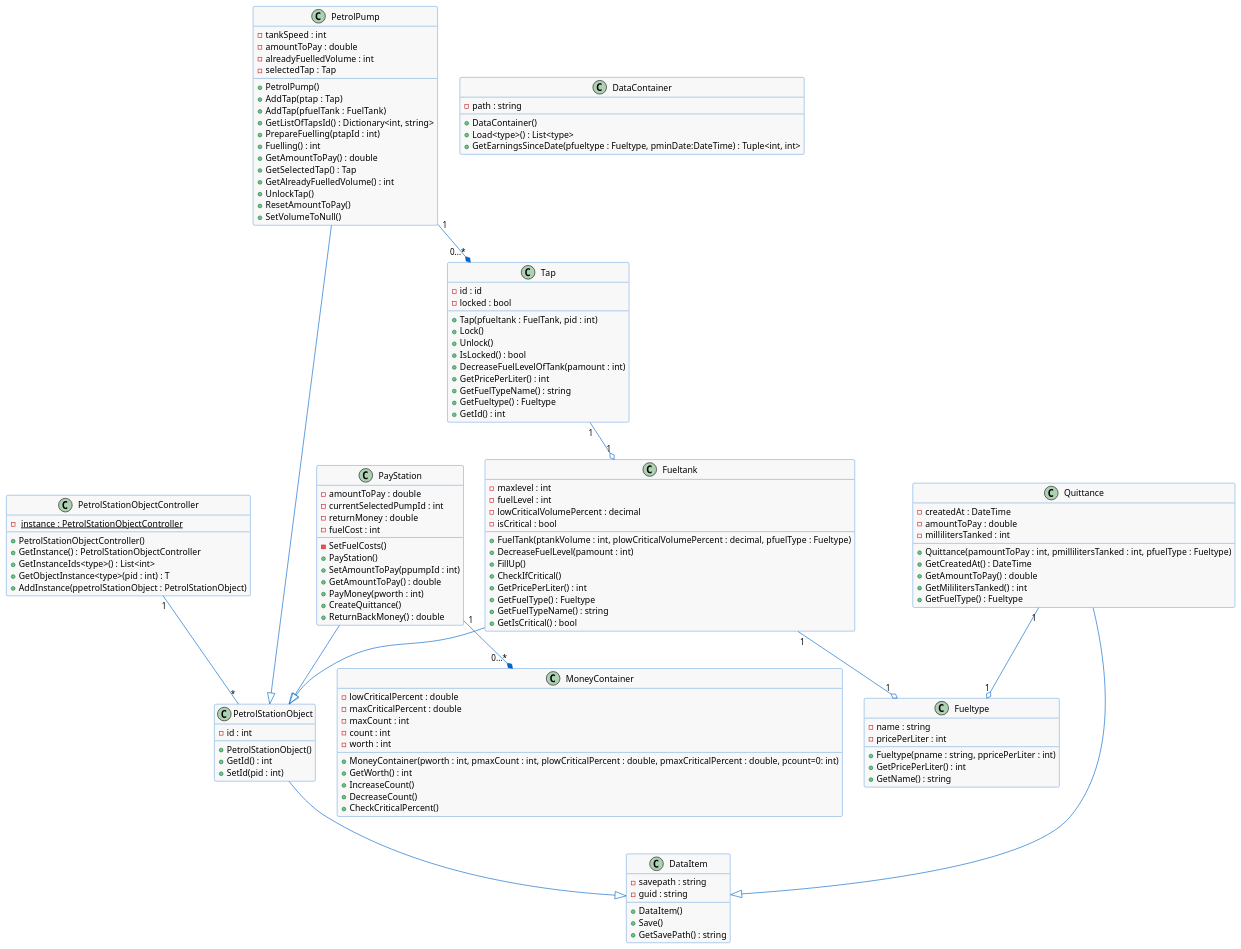
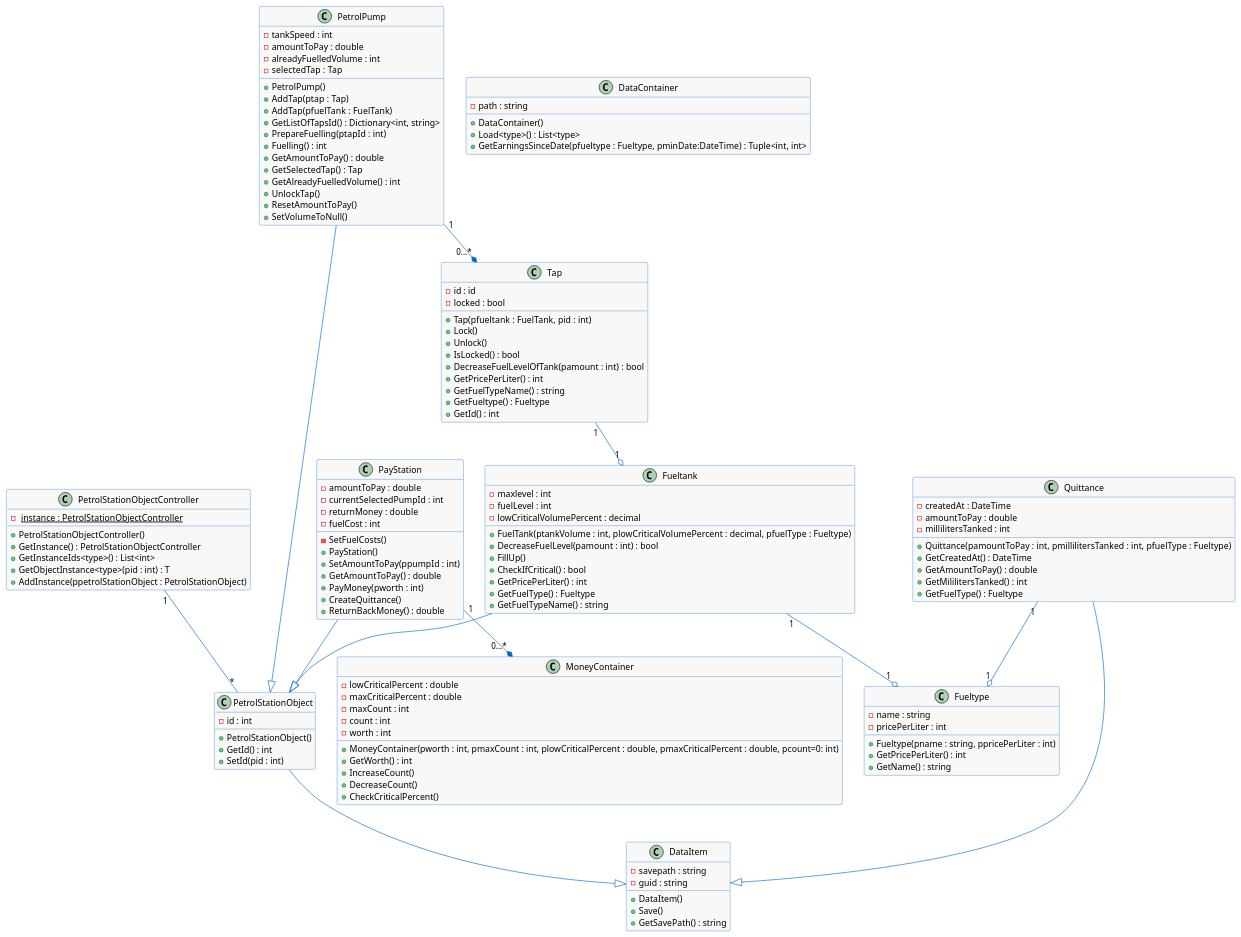
The diagram in Documentation/Diagrams/Businesslogic_class.pu (OddisJungs/PetrolStation), drawn with PlantUML before and after one commit.

Commit message:
Updatet the classdiagram

```diff
--- a/Documentation/Diagrams/Businesslogic_class.pu
+++ b/Documentation/Diagrams/Businesslogic_class.pu
@@ -1,143 +1,141 @@
 @startuml
 'skinparam dpi 250'
 skinparam classBackgroundColor #F8F8F8
 skinparam classBorderColor #0066CC
 skinparam classArrowColor #0066CC
 
 class PetrolStationObjectController {
 	- <u> instance : PetrolStationObjectController
 	+ PetrolStationObjectController()
 	+ GetInstance() : PetrolStationObjectController
 	+ GetInstanceIds<type>() : List<int>
 	+ GetObjectInstance<type>(pid : int) : T
 	+ AddInstance(ppetrolStationObject : PetrolStationObject)
 }
 PetrolStationObjectController "1" -- "*" PetrolStationObject
 
 class DataContainer {
 	- path : string
 	+ DataContainer()
 	+ Load<type>() : List<type>
-    + GetEarningsSinceDate(pfueltype : Fueltype, pminDate:DateTime) : Tuple<int, int>
++ GetEarningsSinceDate(pfueltype : Fueltype, pminDate:DateTime) : Tuple<int, int>
 }
 
 class DataItem {
 	- savepath : string
 	- guid : string
 	+ DataItem()
 	+ Save()
 	+ GetSavePath() : string
 }
 
 class Fueltank {
 	- maxlevel : int
 	- fuelLevel : int
 	- lowCriticalVolumePercent : decimal
-	- isCritical : bool
 	+ FuelTank(ptankVolume : int, plowCriticalVolumePercent : decimal, pfuelType : Fueltype)
-	+ DecreaseFuelLevel(pamount : int)
+	+ DecreaseFuelLevel(pamount : int) : bool
 	+ FillUp()
-	+ CheckIfCritical()
+	+ CheckIfCritical() : bool
 	+ GetPricePerLiter() : int
         + GetFuelType() : Fueltype
-	+ GetFuelTypeName() : string
-	+ GetIsCritical() : bool
++ GetFuelTypeName() : string
 }
 Fueltank "1"--o "1" Fueltype
 Fueltank --|> PetrolStationObject
 
 class Fueltype {
 	- name : string
 	- pricePerLiter : int
 	+ Fueltype(pname : string, ppricePerLiter : int)
 	+ GetPricePerLiter() : int
 	+ GetName() : string
 }
 
 class PayStation {
 	- amountToPay : double
 	- currentSelectedPumpId : int
 	- returnMoney : double
 	- fuelCost : int
 	- SetFuelCosts()
 	+ PayStation()
 	+ SetAmountToPay(ppumpId : int)
 	+ GetAmountToPay() : double
 	+ PayMoney(pworth : int)
 	+ CreateQuittance()
 	+ ReturnBackMoney() : double
 }
 PayStation "1" --* "0...*" MoneyContainer
 PayStation --|> PetrolStationObject
 
 class MoneyContainer {
 	- lowCriticalPercent : double
 	- maxCriticalPercent : double
 	- maxCount : int
 	- count : int
 	- worth : int
 	+ MoneyContainer(pworth : int, pmaxCount : int, plowCriticalPercent : double, pmaxCriticalPercent : double, pcount=0: int)
 	+ GetWorth() : int
 	+ IncreaseCount()
 	+ DecreaseCount()
 	+ CheckCriticalPercent() 
 }
 
 class PetrolPump {
 	- tankSpeed : int
 	- amountToPay : double
 	- alreadyFuelledVolume : int
 	- selectedTap : Tap
 	+ PetrolPump()
 	+ AddTap(ptap : Tap)
 	+ AddTap(pfuelTank : FuelTank)
 	+ GetListOfTapsId() : Dictionary<int, string>
 	+ PrepareFuelling(ptapId : int)
 	+ Fuelling() : int
 	+ GetAmountToPay() : double
 	+ GetSelectedTap() : Tap
-    + GetAlreadyFuelledVolume() : int
++ GetAlreadyFuelledVolume() : int
 	+ UnlockTap()
 	+ ResetAmountToPay()
 	+ SetVolumeToNull()
 }
 PetrolPump "1" --* "0...*" Tap
 PetrolPump --|> PetrolStationObject
 
 class PetrolStationObject  {
 	- id : int
 	+ PetrolStationObject()
 	+ GetId() : int
 	+ SetId(pid : int)
 }
 PetrolStationObject --|> DataItem
 
 class Quittance {
 	- createdAt : DateTime
 	- amountToPay : double
 	- millilitersTanked : int
 	+ Quittance(pamountToPay : int, pmillilitersTanked : int, pfuelType : Fueltype)
 	+ GetCreatedAt() : DateTime
 	+ GetAmountToPay() : double
 	+ GetMililitersTanked() : int
 	+ GetFuelType() : Fueltype
 }
 Quittance "1" --o "1" Fueltype
 Quittance --|> DataItem
 
 class Tap {
 	- id : id
 	- locked : bool
 	+ Tap(pfueltank : FuelTank, pid : int)
 	+ Lock()
 	+ Unlock()
 	+ IsLocked() : bool
-	+ DecreaseFuelLevelOfTank(pamount : int)
+	+ DecreaseFuelLevelOfTank(pamount : int) : bool
 	+ GetPricePerLiter() : int
 	+ GetFuelTypeName() : string
         + GetFueltype() : Fueltype
 	+ GetId() : int
 }
 Tap "1" --o "1" Fueltank
 
 @enduml 
```
